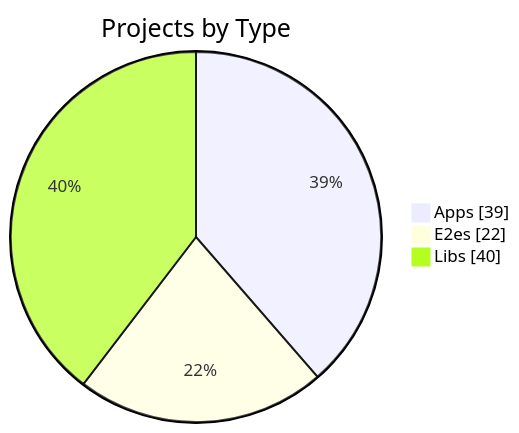
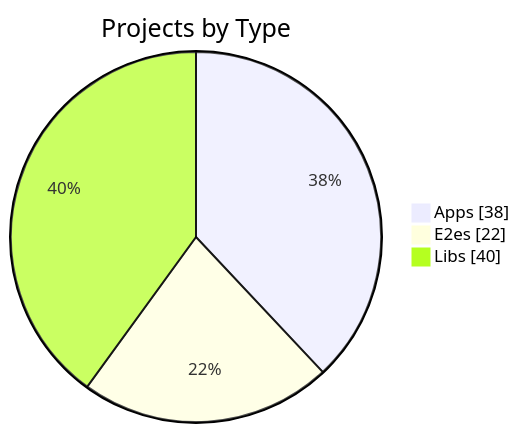
The first of 3 diagrams in apps/kbve/astro-kbve/src/content/docs/dashboard/graph.mdx (KBVE/kbve), drawn with Mermaid before and after one commit. The commit also changed other lines of this file and 8 other files, not shown here.

````diff
--- a/apps/kbve/astro-kbve/src/content/docs/dashboard/graph.mdx
+++ b/apps/kbve/astro-kbve/src/content/docs/dashboard/graph.mdx
@@ -56,7 +56,7 @@
 ```mermaid
 pie showData
     title Projects by Type
-    "Apps" : 39
+    "Apps" : 38
     "E2es" : 22
     "Libs" : 40
 ```
````
